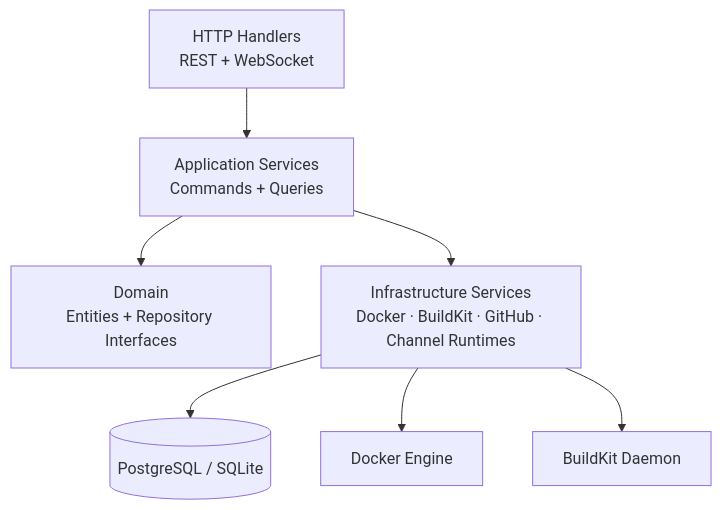
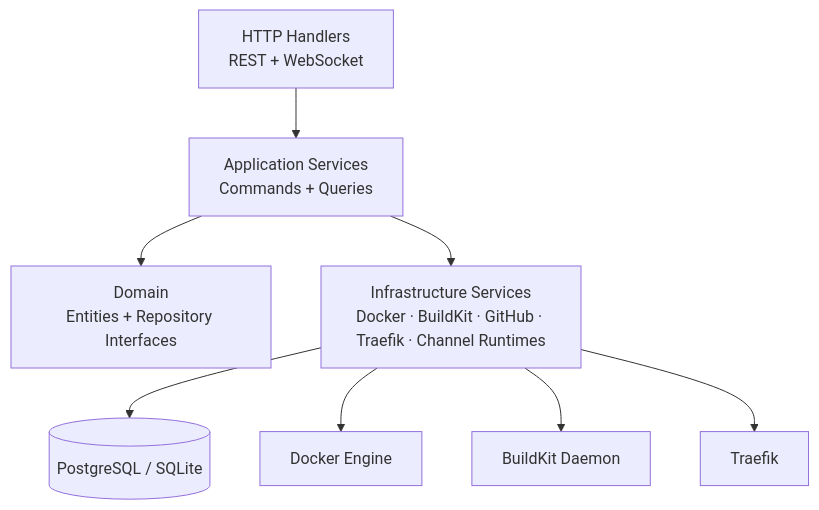
One commit to OpenViCloud/tango changed the sixth of 7 diagrams in roadmap/ARCHITECTURE.md. Above: the diagram before and after it, drawn with Mermaid. The commit also changed other lines of this file and 3 other files, not shown here.

````diff
--- a/roadmap/ARCHITECTURE.md
+++ b/roadmap/ARCHITECTURE.md
@@ -144,10 +201,11 @@
 ```mermaid
 graph TD
     H[HTTP Handlers\nREST + WebSocket]
     H --> AS[Application Services\nCommands + Queries]
     AS --> DS[Domain\nEntities + Repository Interfaces]
-    AS --> IS[Infrastructure Services\nDocker · BuildKit · GitHub · Channel Runtimes]
+    AS --> IS[Infrastructure Services\nDocker · BuildKit · GitHub · Traefik · Channel Runtimes]
     IS --> DB[(PostgreSQL / SQLite)]
     IS --> DK[Docker Engine]
     IS --> BK[BuildKit Daemon]
+    IS --> TF[Traefik]
 ```
````
